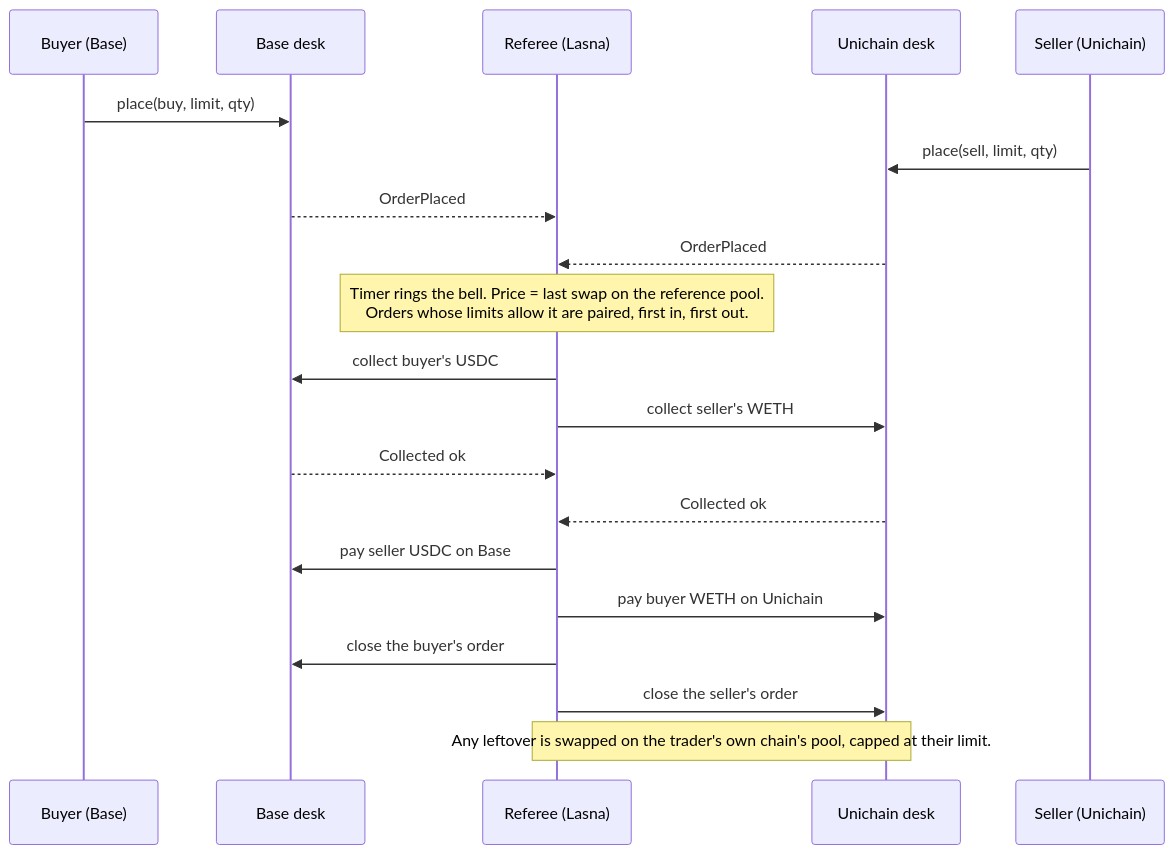
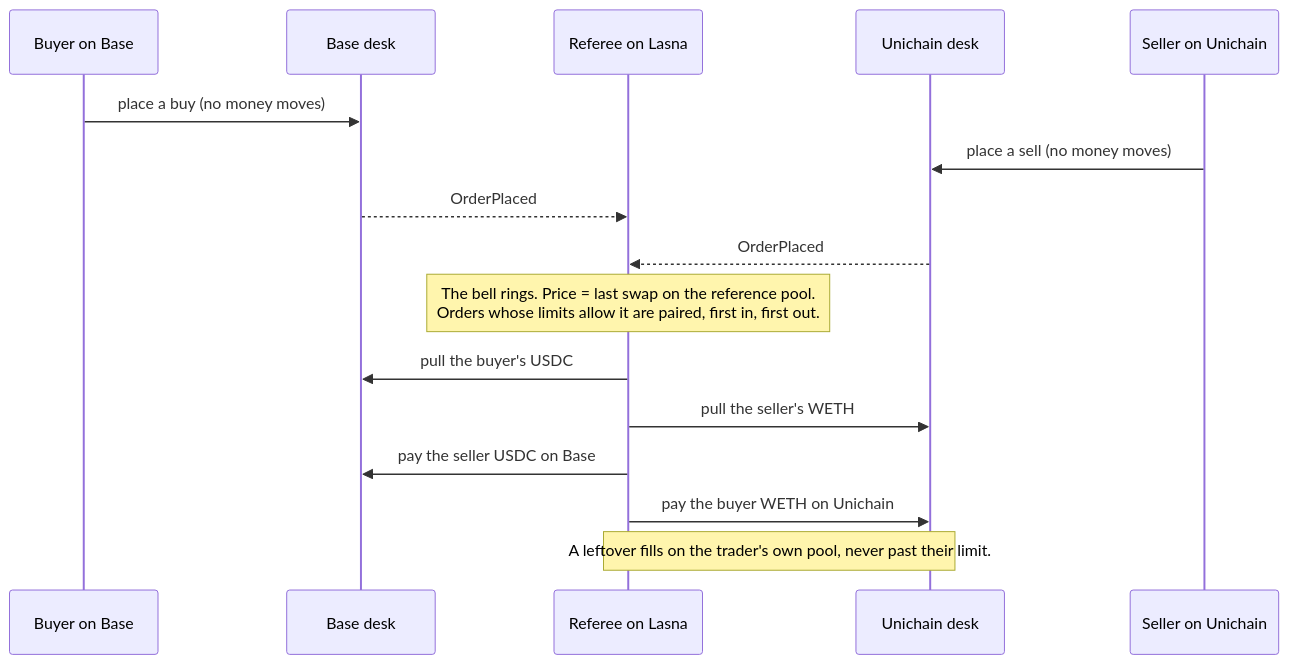
Before and after one commit to CryptoZephyr/bell: the second of 2 diagrams in README.md, drawn with Mermaid. The commit also changed other lines of this file, not shown here.

````diff
--- a/README.md
+++ b/README.md
@@ -84,22 +55,18 @@
 ```mermaid
 sequenceDiagram
-  participant B as Buyer (Base)
+  participant B as Buyer on Base
   participant DA as Base desk
-  participant R as Referee (Lasna)
+  participant R as Referee on Lasna
   participant DB as Unichain desk
-  participant S as Seller (Unichain)
-  B->>DA: place(buy, limit, qty)
-  S->>DB: place(sell, limit, qty)
+  participant S as Seller on Unichain
+  B->>DA: place a buy (no money moves)
+  S->>DB: place a sell (no money moves)
   DA-->>R: OrderPlaced
   DB-->>R: OrderPlaced
-  Note over R: Timer rings the bell. Price = last swap on the reference pool.<br/>Orders whose limits allow it are paired, first in, first out.
-  R->>DA: collect buyer's USDC
-  R->>DB: collect seller's WETH
-  DA-->>R: Collected ok
-  DB-->>R: Collected ok
-  R->>DA: pay seller USDC on Base
-  R->>DB: pay buyer WETH on Unichain
-  R->>DA: close the buyer's order
-  R->>DB: close the seller's order
-  Note over R,DB: Any leftover is swapped on the trader's own chain's pool, capped at their limit.
+  Note over R: The bell rings. Price = last swap on the reference pool.<br/>Orders whose limits allow it are paired, first in, first out.
+  R->>DA: pull the buyer's USDC
+  R->>DB: pull the seller's WETH
+  R->>DA: pay the seller USDC on Base
+  R->>DB: pay the buyer WETH on Unichain
+  Note over R,DB: A leftover fills on the trader's own pool, never past their limit.
 ```
````
